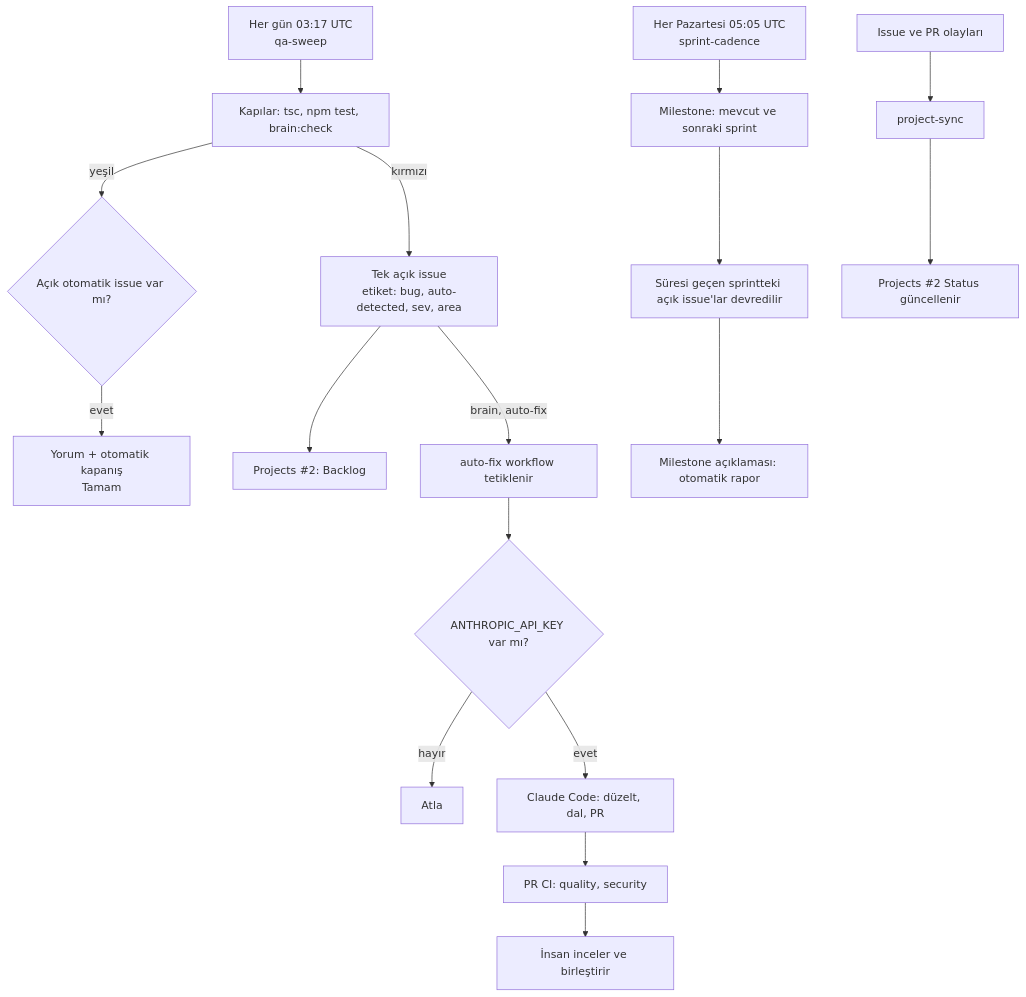
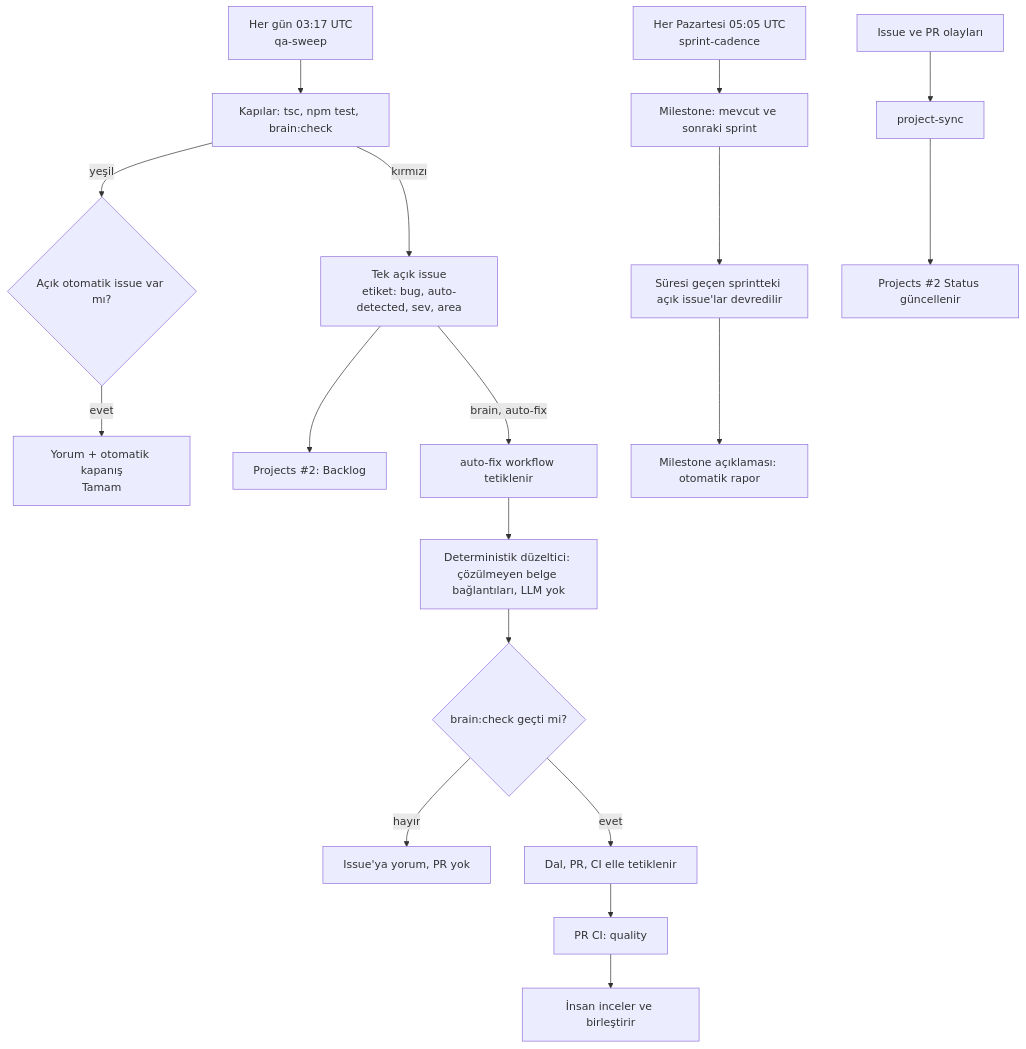
One commit to orayyilmaz16/NovaCode-Studio changed the diagram in docs/brain/actions/autopilot.md. Above: the diagram before and after it, drawn with Mermaid. The commit also changed other lines of this file and 8 other files, not shown here.

````diff
--- a/docs/brain/actions/autopilot.md
+++ b/docs/brain/actions/autopilot.md
@@ -22,19 +22,20 @@
 ```mermaid
 flowchart TD
   S1[Her gün 03:17 UTC<br/>qa-sweep] --> G[Kapılar: tsc, npm test, brain:check]
   G -->|yeşil| C1{Açık otomatik issue var mı?}
   C1 -->|evet| CL[Yorum + otomatik kapanış<br/>Tamam]
   G -->|kırmızı| I[Tek açık issue<br/>etiket: bug, auto-detected, sev, area]
   I --> P[Projects #2: Backlog]
   I -->|brain, auto-fix| D[auto-fix workflow tetiklenir]
-  D --> K{ANTHROPIC_API_KEY var mı?}
-  K -->|hayır| X[Atla]
-  K -->|evet| A[Claude Code: düzelt, dal, PR]
-  A --> CI[PR CI: quality, security]
+  D --> F[Deterministik düzeltici: çözülmeyen belge bağlantıları, LLM yok]
+  F --> K{brain:check geçti mi?}
+  K -->|hayır| X[Issue'ya yorum, PR yok]
+  K -->|evet| A[Dal, PR, CI elle tetiklenir]
+  A --> CI[PR CI: quality]
   CI --> H[İnsan inceler ve birleştirir]
   S2[Her Pazartesi 05:05 UTC<br/>sprint-cadence] --> M[Milestone: mevcut ve sonraki sprint]
   M --> R[Süresi geçen sprintteki açık issue'lar devredilir]
   R --> RP[Milestone açıklaması: otomatik rapor]
   E[Issue ve PR olayları] --> PS[project-sync]
   PS --> PK[Projects #2 Status güncellenir]
 ```
````
